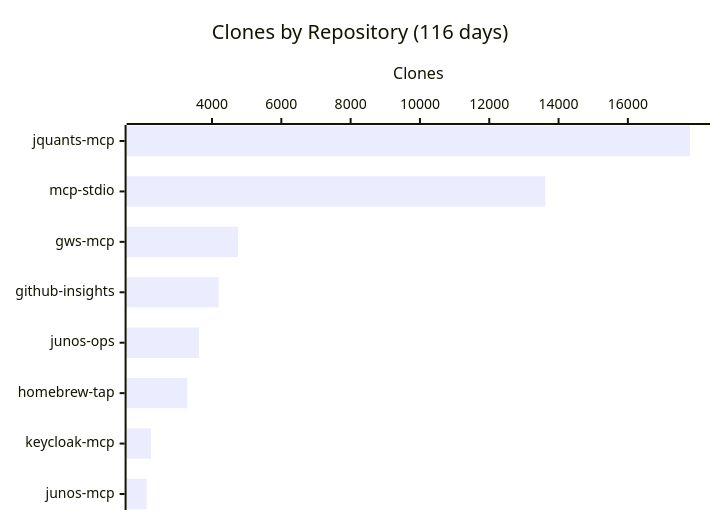
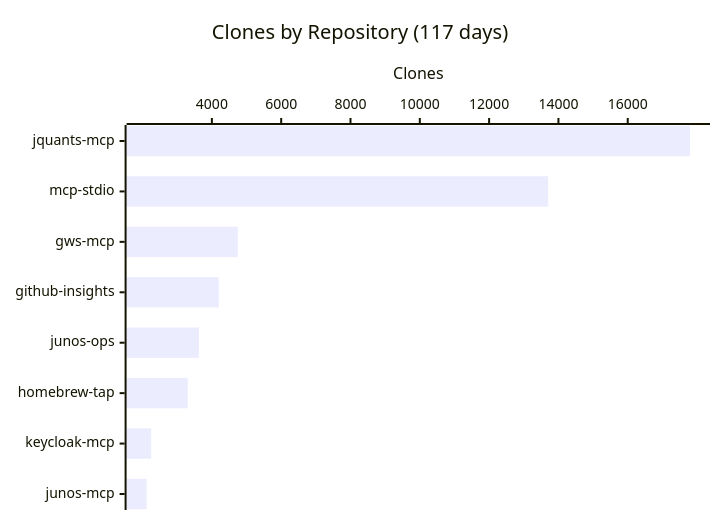
One commit to shigechika/github-insights changed the fourth of 4 diagrams in README.md. Above: the diagram before and after it, drawn with Mermaid. The commit also changed other lines of this file and 2 other files, not shown here.

````diff
--- a/README.md
+++ b/README.md
@@ -58,7 +58,7 @@
 ```mermaid
 xychart-beta horizontal
-    title "Clones by Repository (116 days)"
+    title "Clones by Repository (117 days)"
     x-axis ["jquants-mcp", "mcp-stdio", "gws-mcp", "github-insights", "junos-ops", "homebrew-tap", "keycloak-mcp", "junos-mcp"]
     y-axis "Clones"
-    bar [17792, 13614, 4747, 4191, 3624, 3288, 2236, 2113]
+    bar [17796, 13705, 4749, 4199, 3625, 3301, 2249, 2117]
 ```
````
